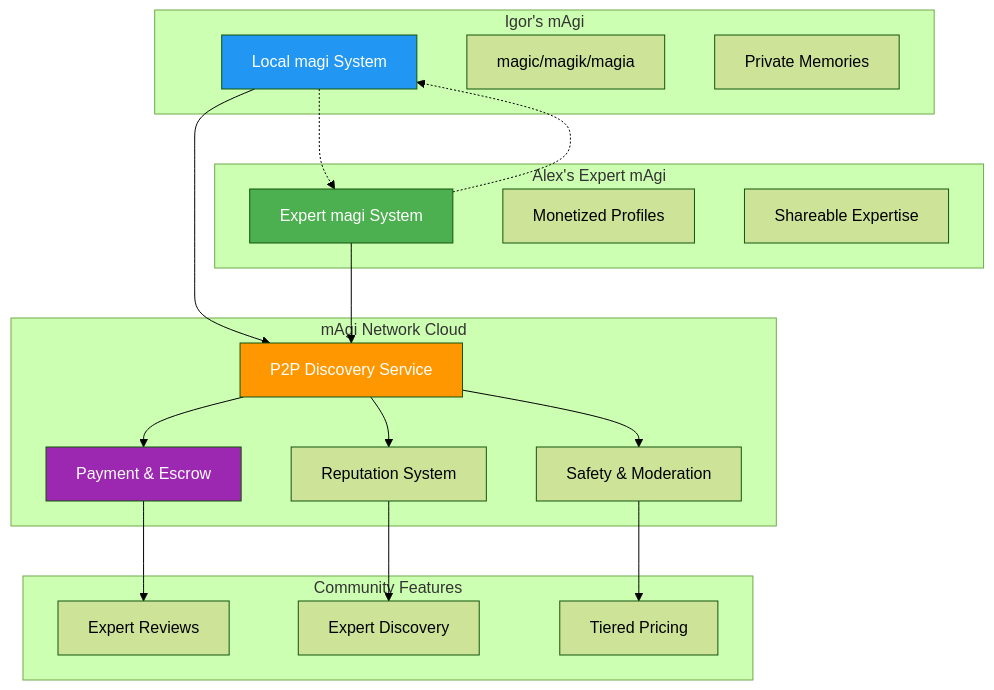
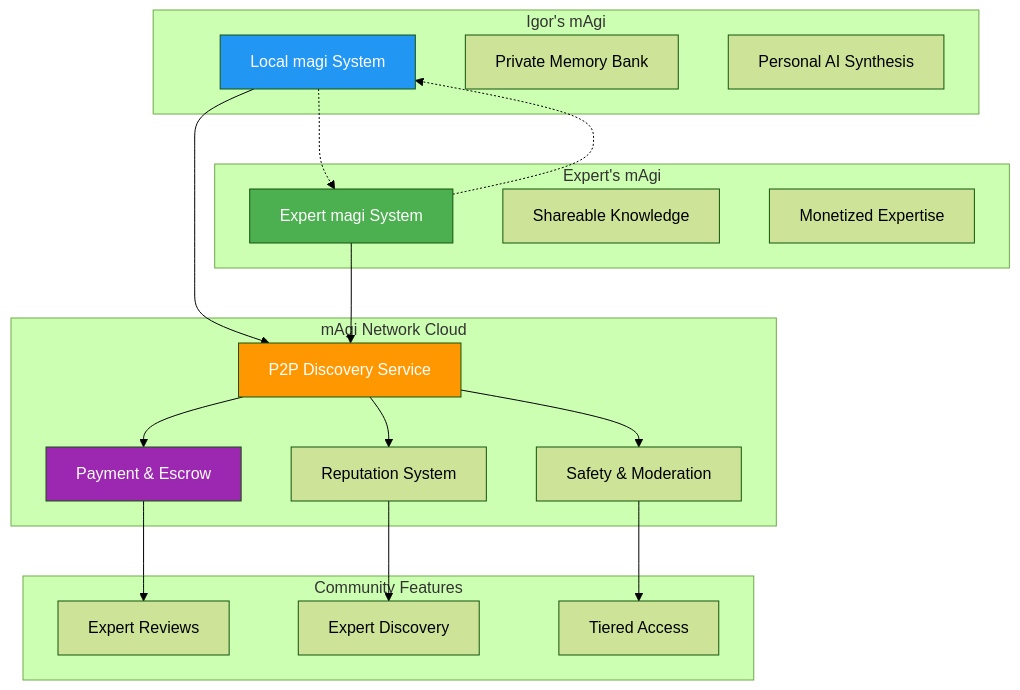
Before and after one commit to dossant-llc/magi: the eighth of 9 diagrams in docs/architecture/ARCHITECTURE_SUMMARY.md, drawn with Mermaid (forest theme). The commit also changed other lines of this file and 7 other files, not shown here.

First line of the commit message:
docs: Update architecture documentation and project metadata

````diff
--- a/docs/architecture/ARCHITECTURE_SUMMARY.md
+++ b/docs/architecture/ARCHITECTURE_SUMMARY.md
@@ -487,46 +378,46 @@
 ```mermaid
 graph TB
     subgraph IG[Igor's mAgi]
         I_MAGI[Local magi System]
-        I_PROFILES[magic/magik/magia]
-        I_MEM[Private Memories]
+        I_MEM[Private Memory Bank]
+        I_SYNTHESIS[Personal AI Synthesis]
     end
-    
+
     subgraph NC[mAgi Network Cloud]
         DISCOVERY[P2P Discovery Service]
         PAYMENTS[Payment & Escrow]
         REPUTATION[Reputation System]
         MODERATION[Safety & Moderation]
     end
-    
-    subgraph AX[Alex's Expert mAgi]
+
+    subgraph AX[Expert's mAgi]
         A_MAGI[Expert magi System]
-        A_PROFILES[Monetized Profiles]
-        A_MEM[Shareable Expertise]
+        A_MEM[Shareable Knowledge]
+        A_EXPERTISE[Monetized Expertise]
     end
-    
+
     subgraph CF[Community Features]
         REVIEWS[Expert Reviews]
         SEARCH[Expert Discovery]
-        PRICING[Tiered Pricing]
+        PRICING[Tiered Access]
     end
-    
+
     I_MAGI --> DISCOVERY
     A_MAGI --> DISCOVERY
-    
+
     DISCOVERY --> PAYMENTS
     DISCOVERY --> REPUTATION
     DISCOVERY --> MODERATION
-    
+
     PAYMENTS --> REVIEWS
     REPUTATION --> SEARCH
     MODERATION --> PRICING
-    
+
     I_MAGI -.-> A_MAGI
     A_MAGI -.-> I_MAGI
-    
+
     style I_MAGI fill:#2196f3,color:#fff
     style A_MAGI fill:#4caf50,color:#fff
     style DISCOVERY fill:#ff9800,color:#fff
     style PAYMENTS fill:#9c27b0,color:#fff
 ```
````
